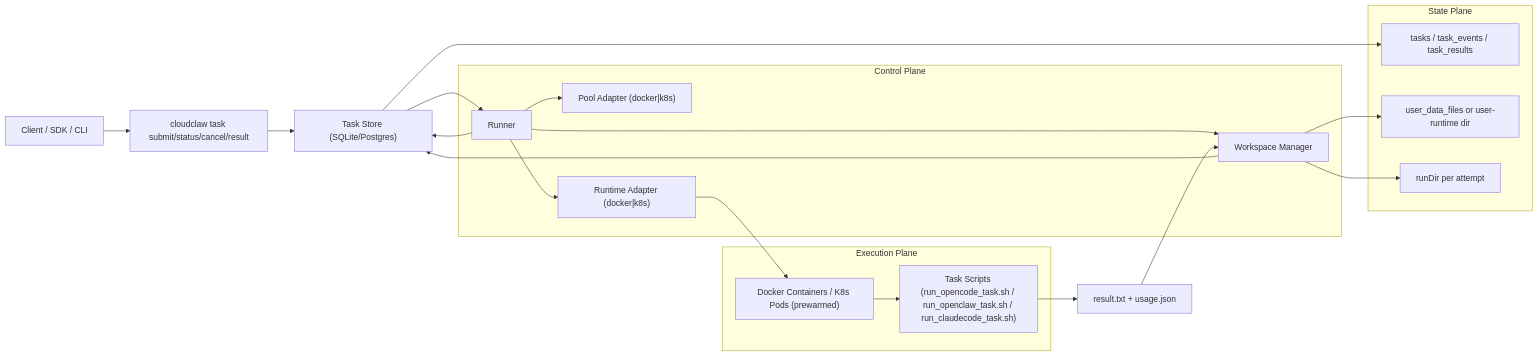
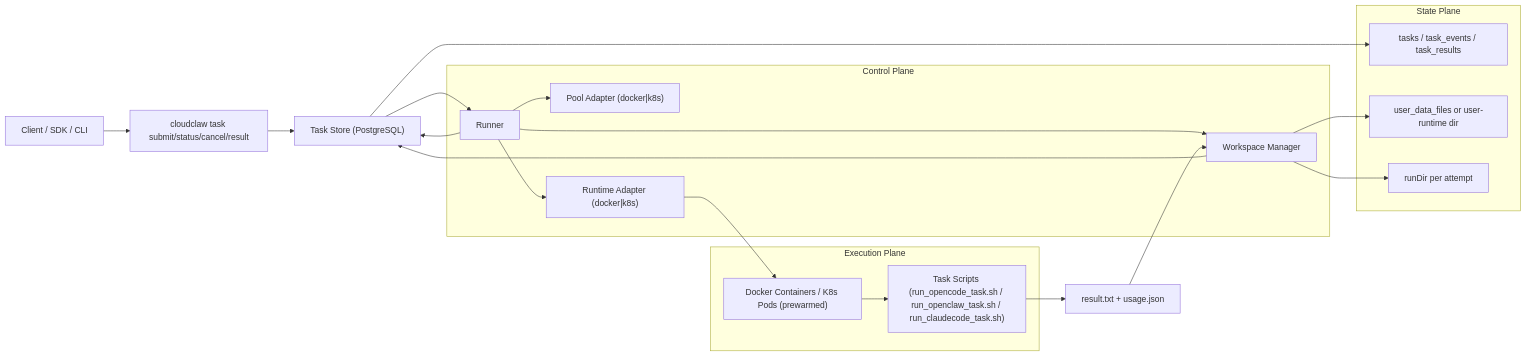
The first of 2 diagrams in docs/cloudclaw_sys_research.md (derekwin/cloudclaw), drawn with Mermaid before and after one commit. The commit also changed other lines of this file and 15 other files, not shown here.

````diff
--- a/docs/cloudclaw_sys_research.md
+++ b/docs/cloudclaw_sys_research.md
@@ -31,38 +31,38 @@
 ```mermaid
 flowchart LR
   U["Client / SDK / CLI"] --> C["cloudclaw task submit/status/cancel/result"]
-  C --> S["Task Store (SQLite/Postgres)"]
+  C --> S["Task Store (PostgreSQL)"]
 
   subgraph CP["Control Plane"]
     R["Runner"]
     P["Pool Adapter (docker|k8s)"]
     W["Workspace Manager"]
     X["Runtime Adapter (docker|k8s)"]
   end
 
   S --> R
   R --> P
   R --> W
   R --> X
   R --> S
 
   subgraph EP["Execution Plane"]
     D["Docker Containers / K8s Pods (prewarmed)"]
     T["Task Scripts (run_opencode_task.sh / run_openclaw_task.sh / run_claudecode_task.sh)"]
   end
 
   X --> D --> T
   T --> O["result.txt + usage.json"]
   O --> W
   W --> S
 
   subgraph SP["State Plane"]
     DB["tasks / task_events / task_results"]
     UD["user_data_files or user-runtime dir"]
     RUN["runDir per attempt"]
   end
 
   S --> DB
   W --> UD
   W --> RUN
 ```
````
